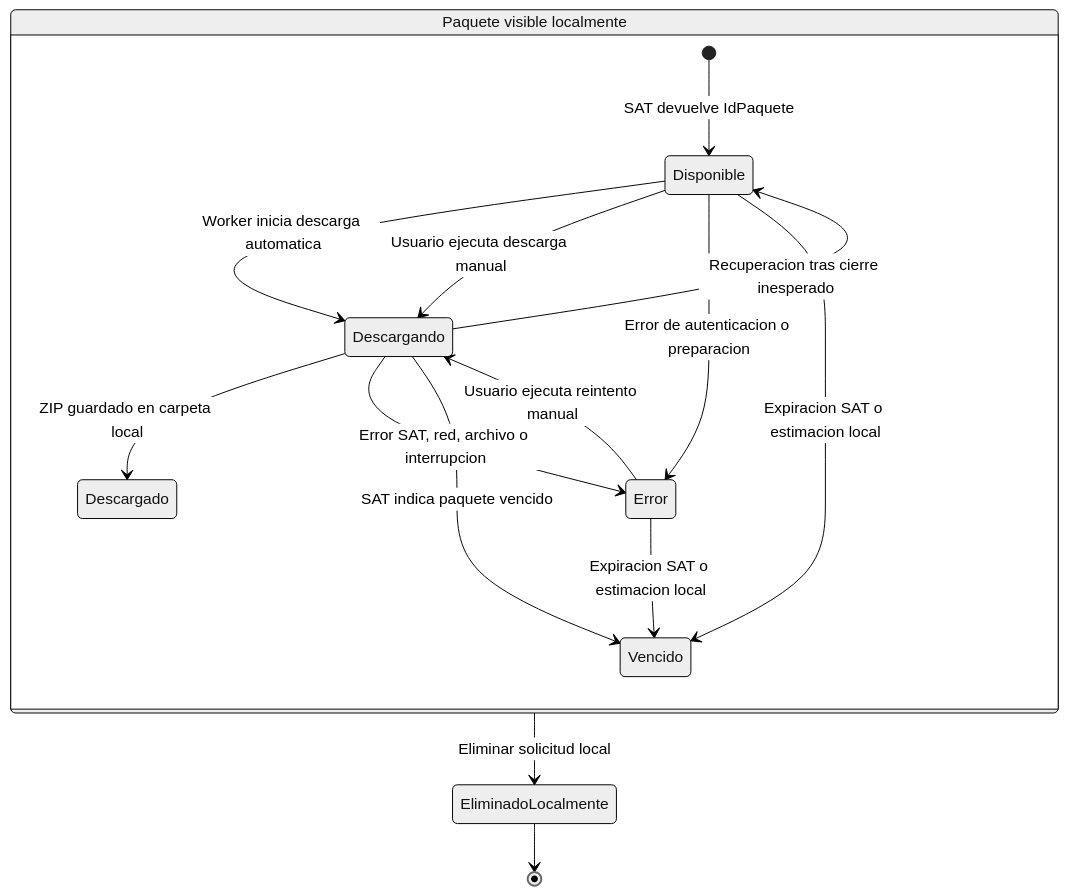
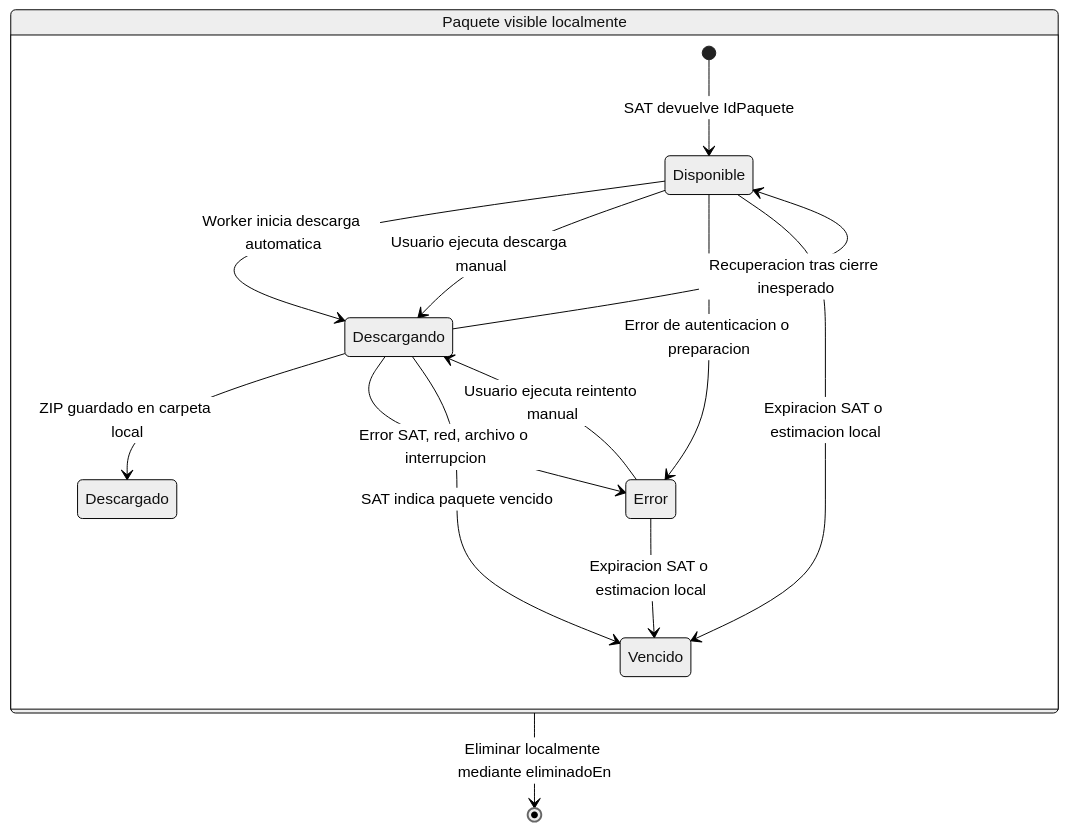
Diagram 16 of 21 in docs/architecture.md (irritila/sat-cfdi-downloader), drawn with Mermaid (neutral theme) before and after one commit. The commit also changed other lines of this file and 6 other files, not shown here.

````diff
--- a/docs/architecture.md
+++ b/docs/architecture.md
@@ -1171,23 +1190,22 @@
 ```mermaid
 stateDiagram-v2
     state "Paquete visible localmente" as Visible {
         [*] --> Disponible: SAT devuelve IdPaquete
 
         Disponible --> Descargando: Worker inicia descarga automatica
         Disponible --> Descargando: Usuario ejecuta descarga manual
         Disponible --> Error: Error de autenticacion o preparacion
 
         Descargando --> Descargado: ZIP guardado en carpeta local
         Descargando --> Error: Error SAT, red, archivo o interrupcion
         Descargando --> Vencido: SAT indica paquete vencido
 
         Error --> Descargando: Usuario ejecuta reintento manual
         Descargando --> Disponible: Recuperacion tras cierre inesperado
 
         Disponible --> Vencido: Expiracion SAT o estimacion local
         Error --> Vencido: Expiracion SAT o estimacion local
     }
 
-    Visible --> EliminadoLocalmente: Eliminar solicitud local
-    EliminadoLocalmente --> [*]
+    Visible --> [*]: Eliminar localmente mediante eliminadoEn
 ```
````
